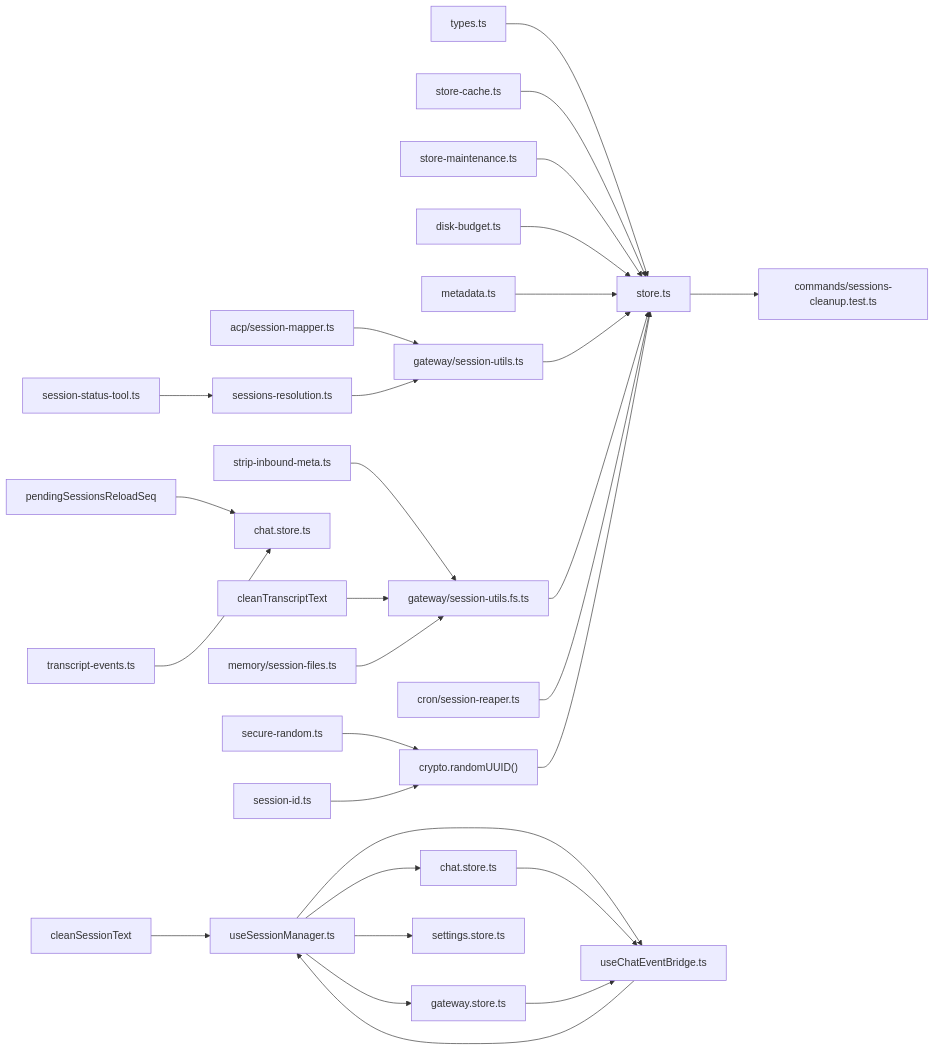
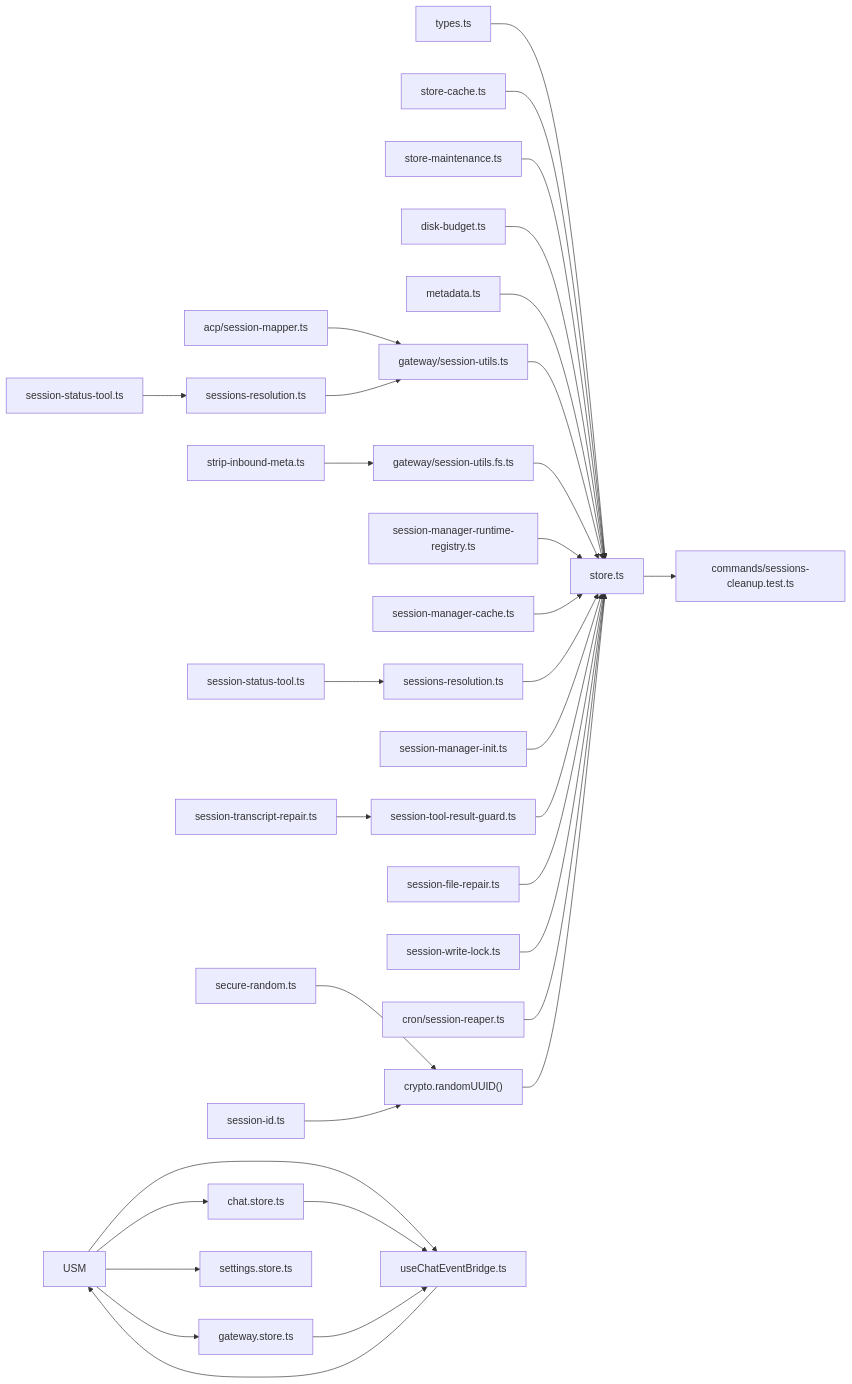
Before and after one commit to verse-ai-org/openclaw: diagram 18 of 18 in .qoder/repowiki/zh/content/核心概念/会话管理.md, drawn with Mermaid. The commit also changed other lines of this file and 20 other files, not shown here.

````diff
--- a/.qoder/repowiki/zh/content/核心概念/会话管理.md
+++ b/.qoder/repowiki/zh/content/核心概念/会话管理.md
@@ -803,31 +929,35 @@
 ```mermaid
 graph LR
 Types["types.ts"] --> Store["store.ts"]
 StoreCache["store-cache.ts"] --> Store
 Maint["store-maintenance.ts"] --> Store
 Disk["disk-budget.ts"] --> Store
 Meta["metadata.ts"] --> Store
 Utils["gateway/session-utils.ts"] --> Store
 GFS["gateway/session-utils.fs.ts"] --> Store
 SIM["strip-inbound-meta.ts"] --> GFS
-CST["cleanSessionText"] --> USM["useSessionManager.ts"]
-CTS["cleanTranscriptText"] --> GFS
-PRL["pendingSessionsReloadSeq"] --> CSS["chat.store.ts"]
-MSF["memory/session-files.ts"] --> GFS
-TE["transcript-events.ts"] --> CSS
+R1["session-manager-runtime-registry.ts"] --> Store
+RC["session-manager-cache.ts"] --> Store
+SR["sessions-resolution.ts"] --> Store
+SST["session-status-tool.ts"] --> SR
+SMI["session-manager-init.ts"] --> Store
+SG["session-tool-result-guard.ts"] --> Store
+STR["session-transcript-repair.ts"] --> SG
+SFR["session-file-repair.ts"] --> Store
+SWL["session-write-lock.ts"] --> Store
 Cron["cron/session-reaper.ts"] --> Store
 Crypto["crypto.randomUUID()"] --> Store
 SecureRand["secure-random.ts"] --> Crypto
 SessionId["session-id.ts"] --> Crypto
 ACPM["acp/session-mapper.ts"] --> Utils
 SessRes["sessions-resolution.ts"] --> Utils
 SessTool["session-status-tool.ts"] --> SessRes
 Store --> Tests["commands/sessions-cleanup.test.ts"]
 USM --> ChatStore["chat.store.ts"]
 USM --> GatewayStore["gateway.store.ts"]
 USM --> SettingsStore["settings.store.ts"]
 USM --> ChatEventBridge["useChatEventBridge.ts"]
 ChatStore --> ChatEventBridge
 GatewayStore --> ChatEventBridge
 ChatEventBridge --> USM
 ```
````
